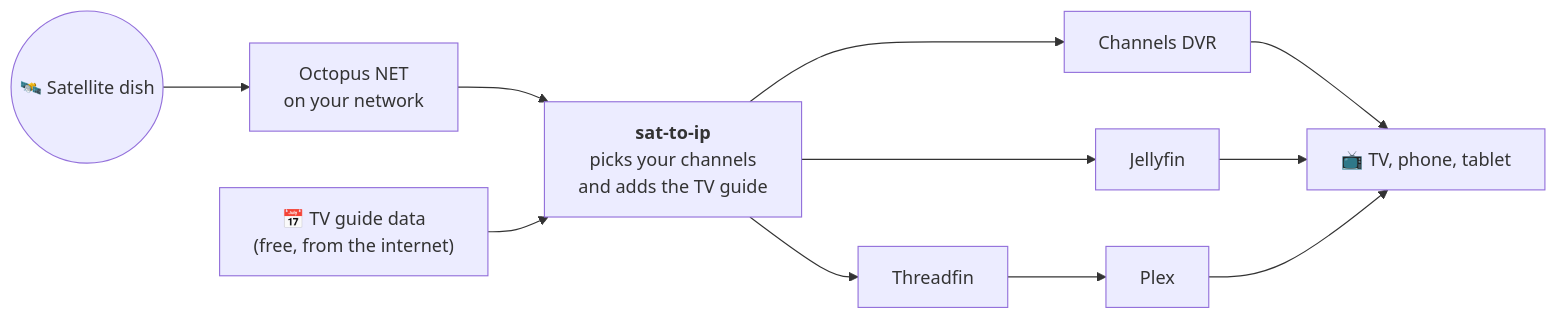
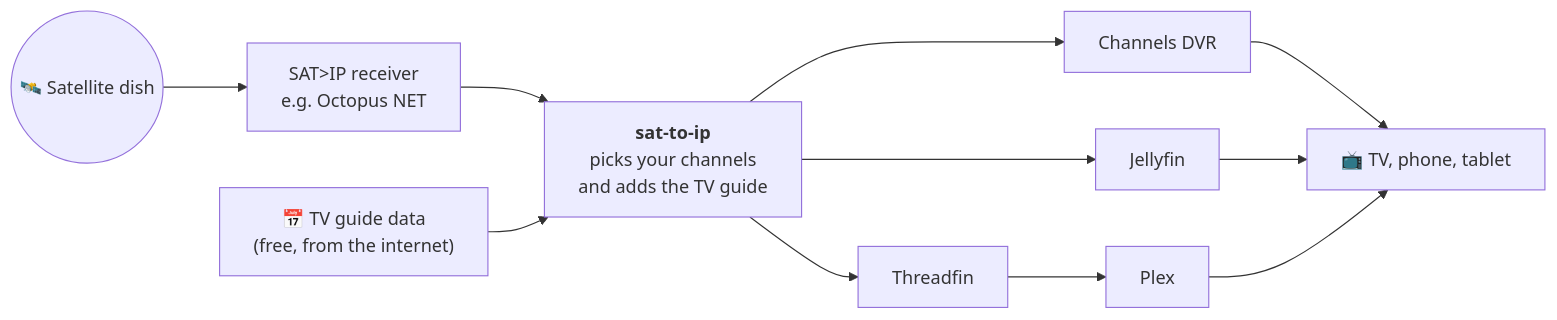
One commit to Matt-Hadley/sat_to_ip_helpers changed the diagram in README.md. Above: the diagram before and after it, drawn with Mermaid. The commit also changed other lines of this file and 2 other files, not shown here.

Commit message:
docs: describe the receiver generically; Octopus only where it's specific

````diff
--- a/README.md
+++ b/README.md
@@ -9,10 +9,10 @@
 ```mermaid
 flowchart LR
-    DISH(("🛰️ Satellite dish")) --> OCT["Octopus NET<br/>on your network"]
+    DISH(("🛰️ Satellite dish")) --> OCT["SAT>IP receiver<br/>e.g. Octopus NET"]
     OCT --> TOOL["<b>sat-to-ip</b><br/>picks your channels<br/>and adds the TV guide"]
     GUIDE["📅 TV guide data<br/>(free, from the internet)"] --> TOOL
     TOOL --> CDVR["Channels DVR"]
     TOOL --> JF["Jellyfin"]
     TOOL --> TF["Threadfin"] --> PLEX["Plex"]
     CDVR & JF & PLEX --> TV["📺 TV, phone, tablet"]
 ```
````
